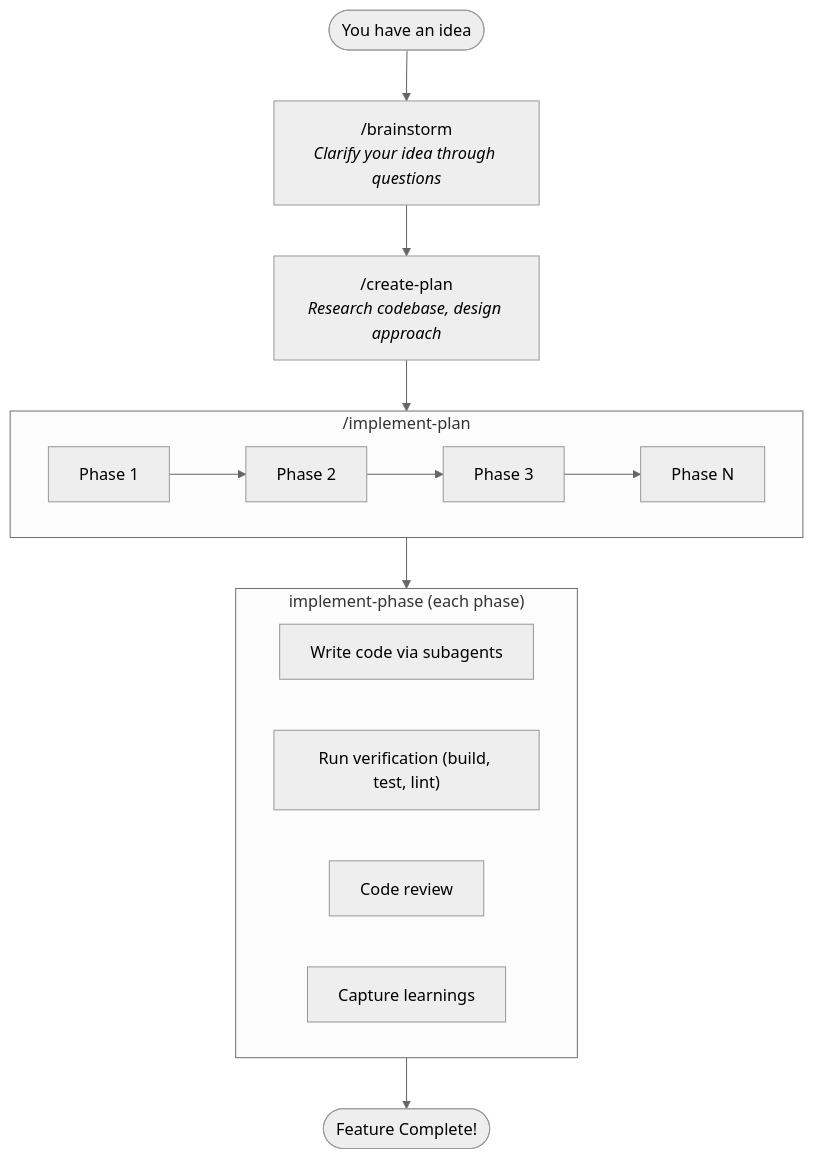
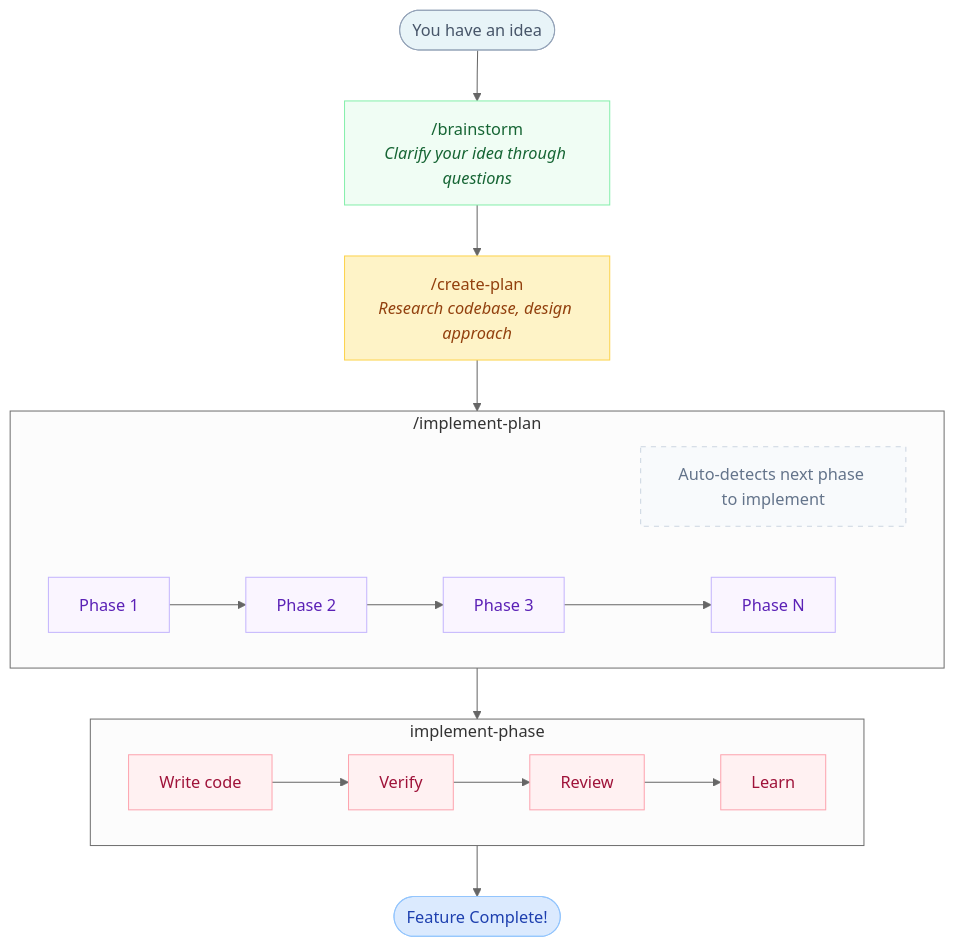
Before and after one commit to mhylle/claude-skills-collection: the diagram in documentation/01-workflow-overview.md, drawn with Mermaid (neutral theme).

Commit message:
docs: improve Mermaid diagram styling and layout
- Add muted colors for better visual hierarchy
- Add note about auto-detection of next phase
- Shorten implement-phase steps to prevent wrapping
- Use horizontal layout in implement-phase subgraph

````diff
--- a/documentation/01-workflow-overview.md
+++ b/documentation/01-workflow-overview.md
@@ -9,28 +9,42 @@
 ```mermaid
 flowchart TD
     idea([You have an idea])
 
     idea --> brainstorm
     brainstorm["/brainstorm<br><i>Clarify your idea through questions</i>"]
 
     brainstorm --> createplan
     createplan["/create-plan<br><i>Research codebase, design approach</i>"]
 
     createplan --> implementplan
 
     subgraph implementplan ["/implement-plan"]
         direction LR
+        implnote["Auto-detects next phase to implement"]
         p1[Phase 1] --> p2[Phase 2] --> p3[Phase 3] --> pn[Phase N]
     end
 
     implementplan --> phase
 
-    subgraph phase ["implement-phase (each phase)"]
-        s1["Write code via subagents"]
-        s2["Run verification (build, test, lint)"]
-        s3["Code review"]
-        s4["Capture learnings"]
+    subgraph phase ["implement-phase"]
+        direction LR
+        s1["Write code"] --> s2["Verify"] --> s3["Review"] --> s4["Learn"]
     end
 
     phase --> complete([Feature Complete!])
+
+    %% Muted color styling
+    style idea fill:#e8f4f8,stroke:#94a3b8,color:#475569
+    style brainstorm fill:#f0fdf4,stroke:#86efac,color:#166534
+    style createplan fill:#fef3c7,stroke:#fcd34d,color:#92400e
+    style complete fill:#dbeafe,stroke:#93c5fd,color:#1e40af
+    style implnote fill:#f8fafc,stroke:#cbd5e1,color:#64748b,stroke-dasharray: 5 5
+    style p1 fill:#faf5ff,stroke:#c4b5fd,color:#5b21b6
+    style p2 fill:#faf5ff,stroke:#c4b5fd,color:#5b21b6
+    style p3 fill:#faf5ff,stroke:#c4b5fd,color:#5b21b6
+    style pn fill:#faf5ff,stroke:#c4b5fd,color:#5b21b6
+    style s1 fill:#fff1f2,stroke:#fda4af,color:#9f1239
+    style s2 fill:#fff1f2,stroke:#fda4af,color:#9f1239
+    style s3 fill:#fff1f2,stroke:#fda4af,color:#9f1239
+    style s4 fill:#fff1f2,stroke:#fda4af,color:#9f1239
 ```
````
